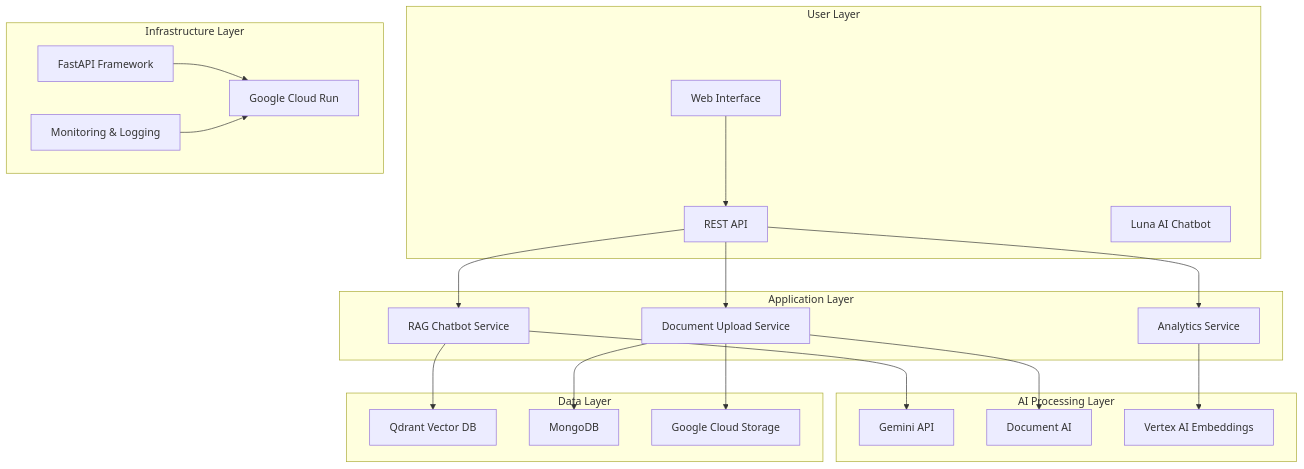
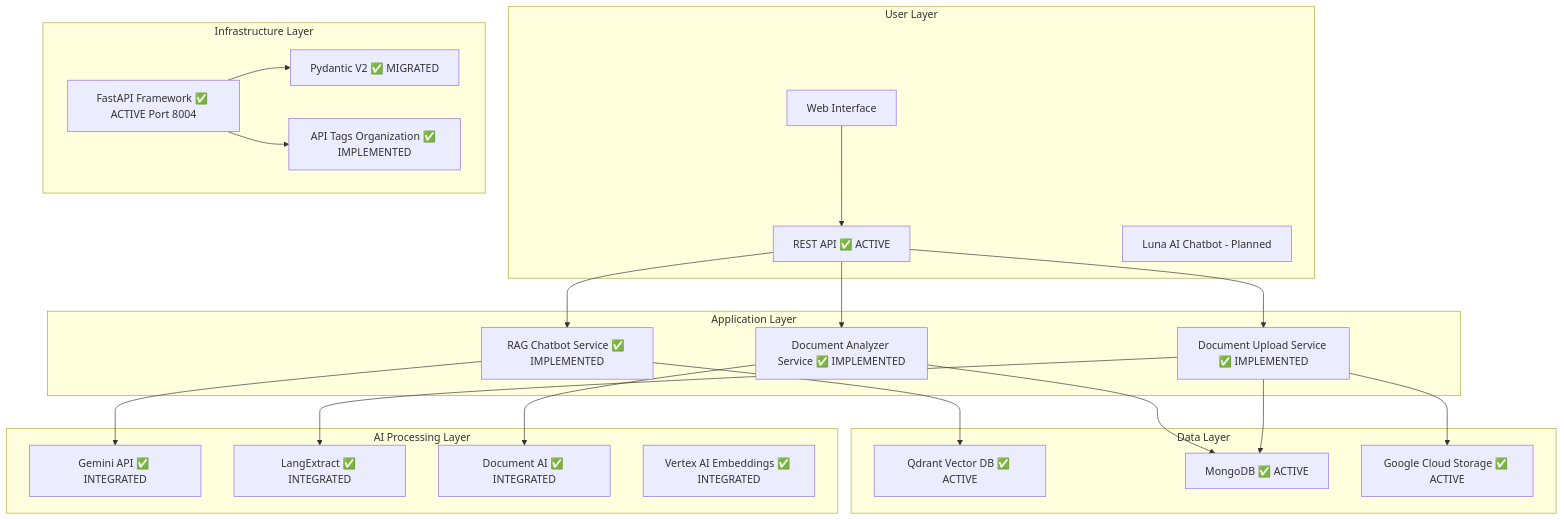
The first of 7 diagrams in Memory Bank/@architecture.md (LegalClarity/VectorDB), drawn with Mermaid before and after one commit. The commit also changed other lines of this file and 6 other files, not shown here.

````diff
--- a/Memory Bank/@architecture.md
+++ b/Memory Bank/@architecture.md
@@ -9,48 +9,50 @@
 ```mermaid
 graph TB
     subgraph "User Layer"
         UI[Web Interface]
-        API[REST API]
-        Luna[Luna AI Chatbot]
+        API[REST API ✅ ACTIVE]
+        Luna[Luna AI Chatbot - Planned]
     end
 
     subgraph "Application Layer"
-        RAG[RAG Chatbot Service]
-        DOC[Document Upload Service]
-        ANALYTICS[Analytics Service]
+        RAG[RAG Chatbot Service ✅ IMPLEMENTED]
+        DOC[Document Upload Service ✅ IMPLEMENTED]
+        ANALYZER[Document Analyzer Service ✅ IMPLEMENTED]
     end
 
     subgraph "AI Processing Layer"
-        GEMINI[Gemini API]
-        DOCAI[Document AI]
-        VERTEX[Vertex AI Embeddings]
+        GEMINI[Gemini API ✅ INTEGRATED]
+        LANGEXTRACT[LangExtract ✅ INTEGRATED]
+        DOCAI[Document AI ✅ INTEGRATED]
+        VERTEX[Vertex AI Embeddings ✅ INTEGRATED]
     end
 
     subgraph "Data Layer"
-        QDRANT[Qdrant Vector DB]
-        MONGODB[MongoDB]
-        GCS[Google Cloud Storage]
+        QDRANT[Qdrant Vector DB ✅ ACTIVE]
+        MONGODB[MongoDB ✅ ACTIVE]
+        GCS[Google Cloud Storage ✅ ACTIVE]
     end
 
     subgraph "Infrastructure Layer"
-        FASTAPI[FastAPI Framework]
-        GCR[Google Cloud Run]
-        MONITORING[Monitoring & Logging]
+        FASTAPI[FastAPI Framework ✅ ACTIVE Port 8004]
+        PYDANTIC_V2[Pydantic V2 ✅ MIGRATED]
+        TAGS[API Tags Organization ✅ IMPLEMENTED]
     end
 
     UI --> API
     API --> RAG
     API --> DOC
-    API --> ANALYTICS
+    API --> ANALYZER
 
     RAG --> GEMINI
-    DOC --> DOCAI
-    ANALYTICS --> VERTEX
+    DOC --> LANGEXTRACT
+    ANALYZER --> DOCAI
 
     RAG --> QDRANT
     DOC --> MONGODB
     DOC --> GCS
+    ANALYZER --> MONGODB
 
-    FASTAPI --> GCR
-    MONITORING --> GCR
+    FASTAPI --> PYDANTIC_V2
+    FASTAPI --> TAGS
 ```
````
